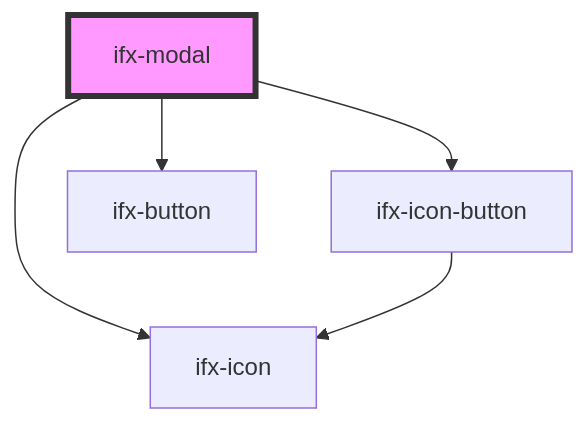
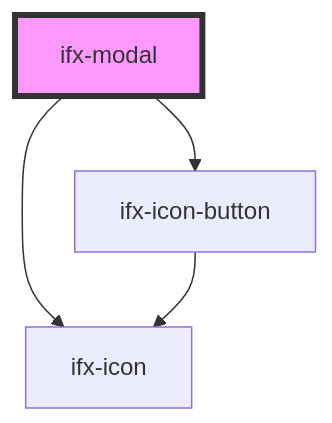
The diagram in packages/components/src/components/modal/readme.md (Infineon/infineon-design-system-stencil), drawn with Mermaid before and after one commit. The commit also changed other lines of this file and 4 other files, not shown here.

````diff
--- a/packages/components/src/components/modal/readme.md
+++ b/packages/components/src/components/modal/readme.md
@@ -38,8 +37,7 @@
 ```mermaid
 graph TD;
   ifx-modal --> ifx-icon
   ifx-modal --> ifx-icon-button
-  ifx-modal --> ifx-button
   ifx-icon-button --> ifx-icon
   style ifx-modal fill:#f9f,stroke:#333,stroke-width:4px
 ```
````
